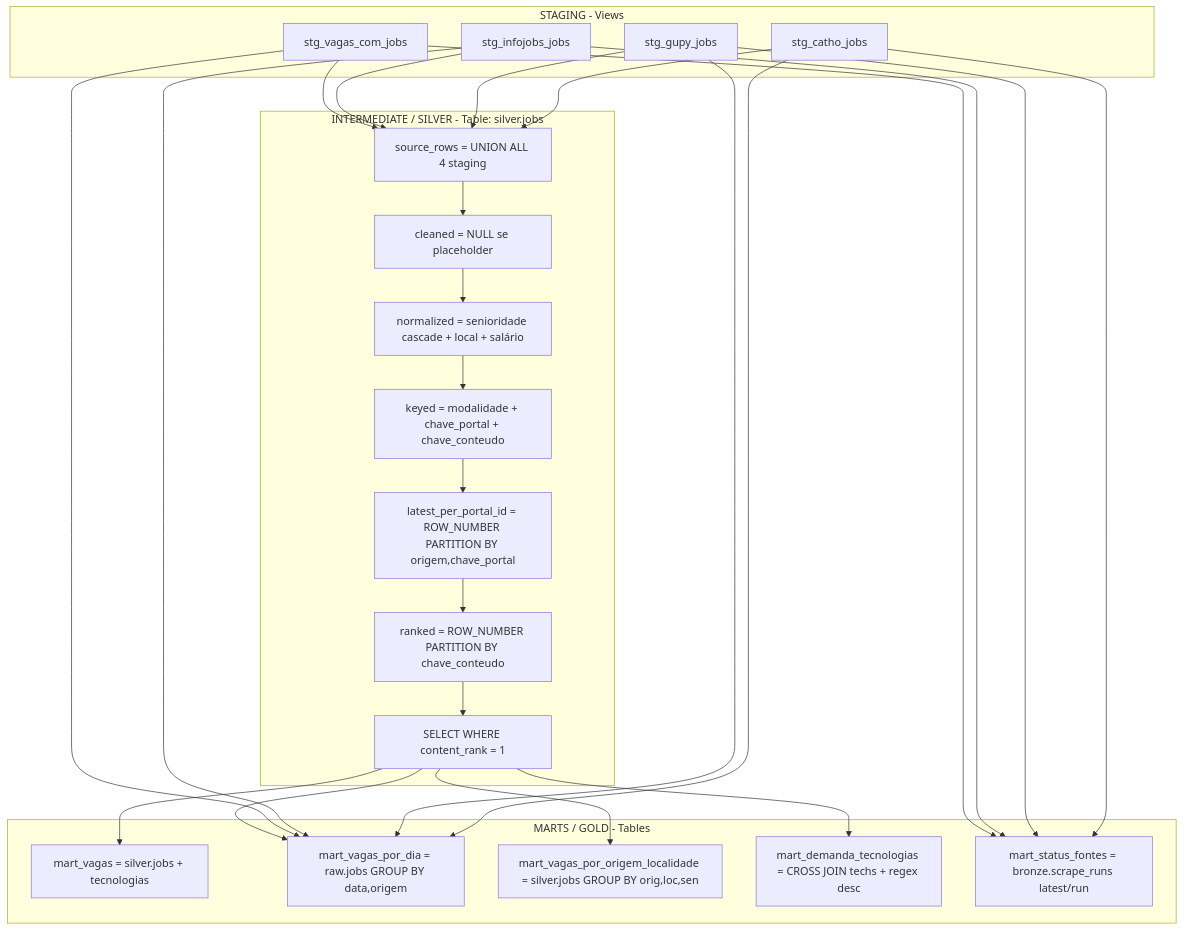
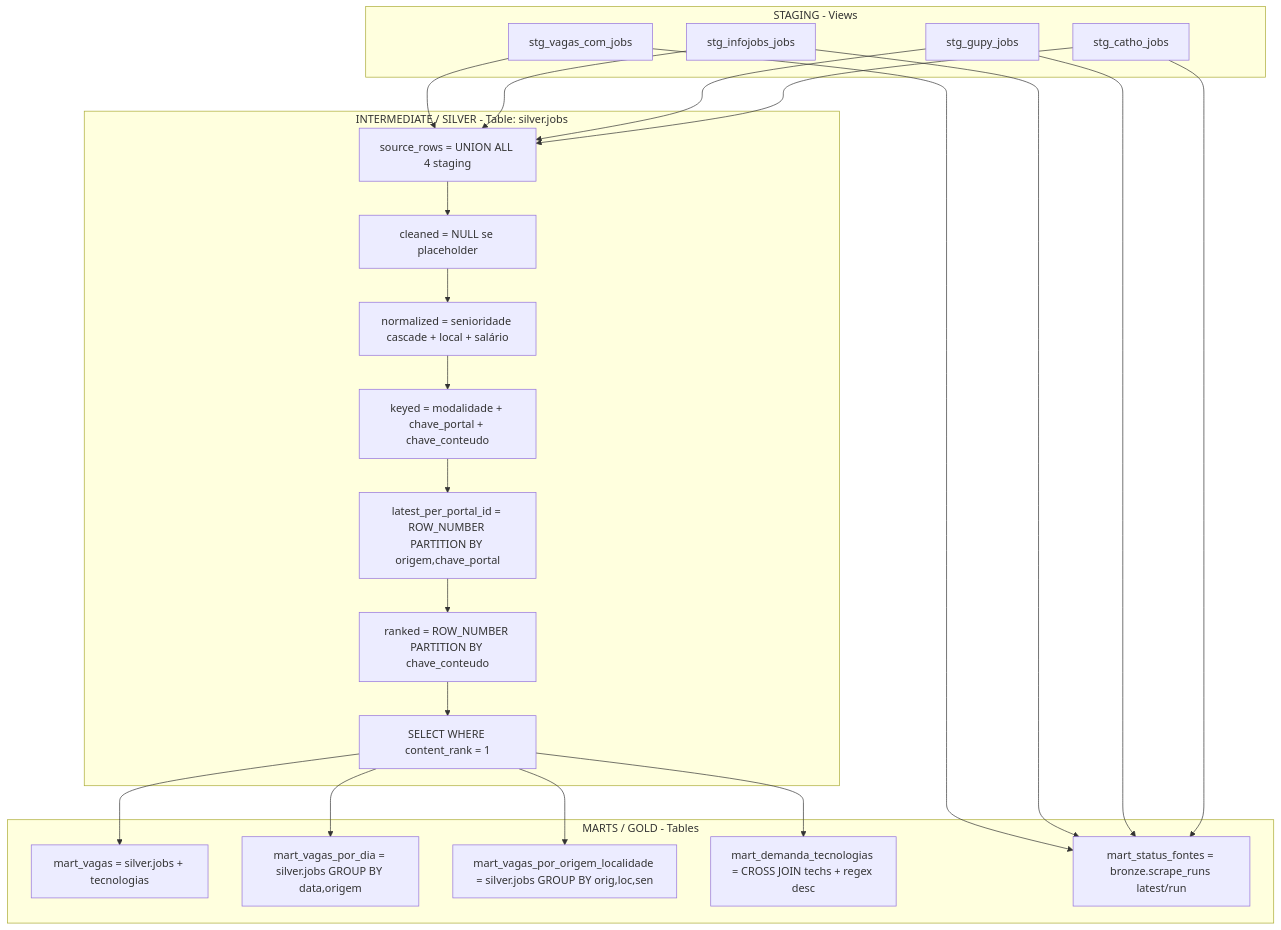
The third of 3 diagrams in ARCHITECTURE.md (Willian-Cruz/hub_vagas), drawn with Mermaid before and after one commit. The commit also changed other lines of this file and 12 other files, not shown here.

````diff
--- a/ARCHITECTURE.md
+++ b/ARCHITECTURE.md
@@ -132,33 +133,32 @@
 ```mermaid
 flowchart TD
     subgraph STAGING [STAGING - Views]
         S1[stg_vagas_com_jobs]
         S2[stg_infojobs_jobs]
         S3[stg_gupy_jobs]
         S4[stg_catho_jobs]
     end
 
     subgraph SILVER [INTERMEDIATE / SILVER - Table: silver.jobs]
         I1[source_rows = UNION ALL 4 staging]
         I2[cleaned = NULL se placeholder]
         I3[normalized = senioridade cascade + local + salário]
         I4[keyed = modalidade + chave_portal + chave_conteudo]
         I5[latest_per_portal_id = ROW_NUMBER PARTITION BY origem,chave_portal]
         I6[ranked = ROW_NUMBER PARTITION BY chave_conteudo]
         I7[SELECT WHERE content_rank = 1]
     end
 
     subgraph GOLD [MARTS / GOLD - Tables]
         G1[mart_vagas = silver.jobs + tecnologias]
-        G2[mart_vagas_por_dia = raw.jobs GROUP BY data,origem]
+        G2[mart_vagas_por_dia = silver.jobs GROUP BY data,origem]
         G3[mart_vagas_por_origem_localidade = silver.jobs GROUP BY orig,loc,sen]
         G4[mart_demanda_tecnologias = CROSS JOIN techs + regex desc]
         G5[mart_status_fontes = bronze.scrape_runs latest/run]
     end
 
     S1 & S2 & S3 & S4 --> I1
     I1 --> I2 --> I3 --> I4 --> I5 --> I6 --> I7
     I7 --> G1 & G2 & G3 & G4
-    S1 & S2 & S3 & S4 --> G2
     S1 & S2 & S3 & S4 --> G5
 ```
````
